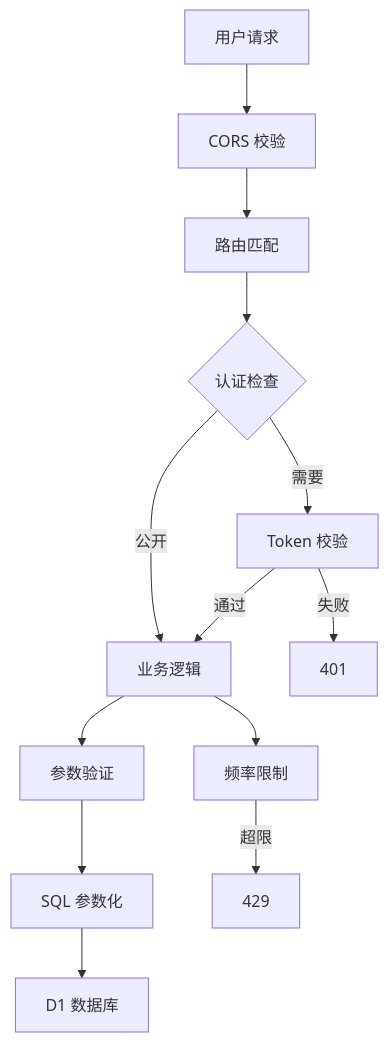
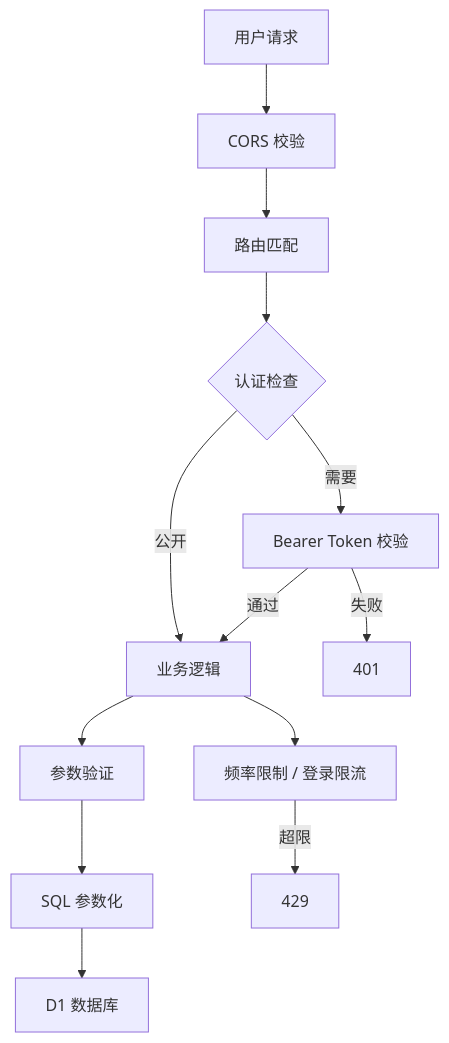
The diagram in security-overview.mdx (kejiland/qingyu-docs), drawn with Mermaid before and after one commit. The commit also changed other lines of this file and 24 other files, not shown here.

````diff
--- a/security-overview.mdx
+++ b/security-overview.mdx
@@ -8,15 +8,15 @@
 ```mermaid
 graph TB
     A[用户请求] --> B[CORS 校验]
     B --> C[路由匹配]
     C --> D{认证检查}
-    D -->|需要| E[Token 校验]
+    D -->|需要| E[Bearer Token 校验]
     D -->|公开| F[业务逻辑]
     E -->|通过| F
     E -->|失败| G[401]
     F --> H[参数验证]
     H --> I[SQL 参数化]
     I --> J[D1 数据库]
-    F --> K[频率限制]
+    F --> K[频率限制 / 登录限流]
     K -->|超限| L[429]
 ```
````
